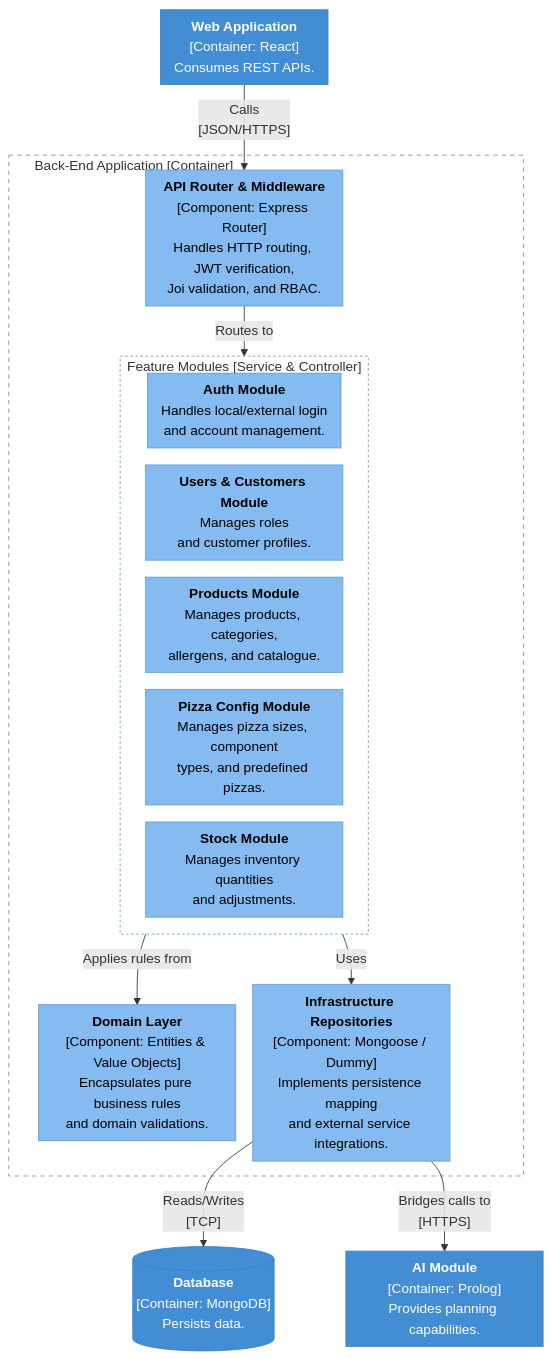
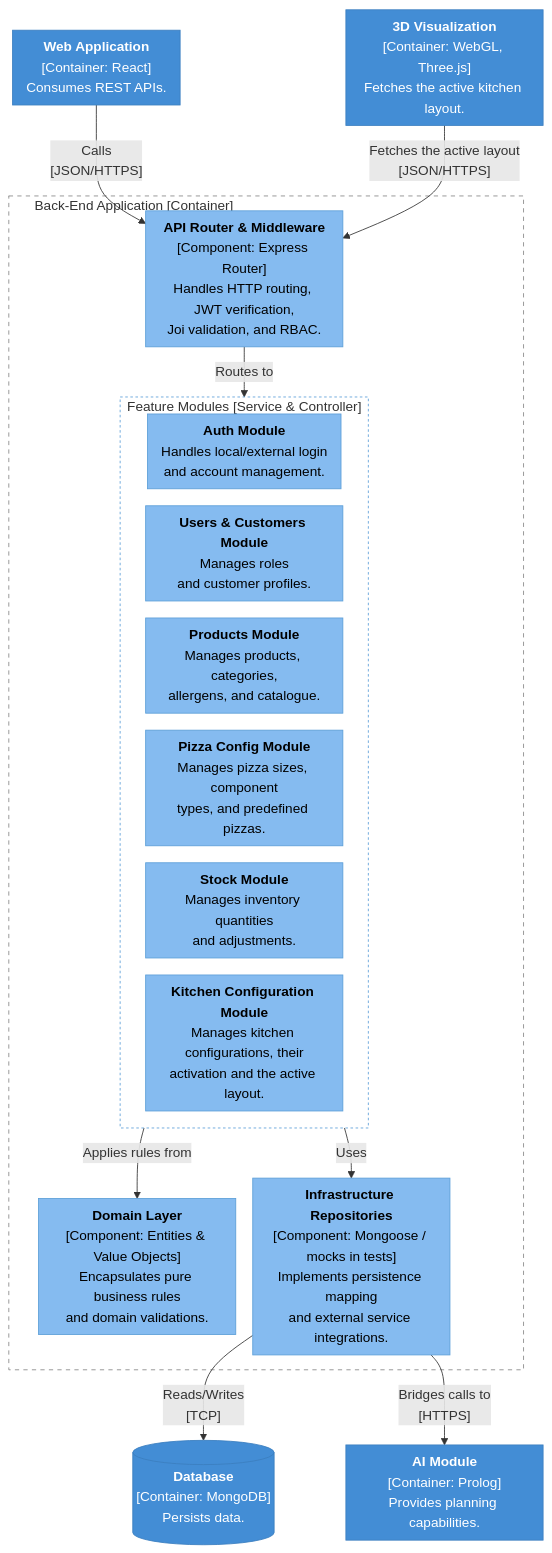
One commit to ivasduarte/laprizza changed the sixth of 8 diagrams in docs/design/views.md. Above: the diagram before and after it, drawn with Mermaid. The commit also changed other lines of this file and 16 other files, not shown here.

First line of the commit message:
docs(WEB06): add use cases, C4 and SAD documentation for kitchen configuration (#261)

````diff
--- a/docs/design/views.md
+++ b/docs/design/views.md
@@ -306,39 +319,42 @@
 ```mermaid
 %%{init: {'flowchart': {'nodeSpacing': 20, 'rankSpacing': 35, 'padding': 8}}}%%
 flowchart TB
     webApp["<b>Web Application</b><br/>[Container: React]<br/>Consumes REST APIs."]
+    viz3d["<b>3D Visualization</b><br/>[Container: WebGL, Three.js]<br/>Fetches the active kitchen layout."]
 
     subgraph backend["Back-End Application [Container]&nbsp;&nbsp;&nbsp;&nbsp;&nbsp;&nbsp;&nbsp;&nbsp;&nbsp;&nbsp;&nbsp;&nbsp;&nbsp;&nbsp;&nbsp;&nbsp;&nbsp;&nbsp;&nbsp;&nbsp;&nbsp;&nbsp;&nbsp;&nbsp;&nbsp;&nbsp;&nbsp;&nbsp;&nbsp;&nbsp;&nbsp;&nbsp;&nbsp;&nbsp;&nbsp;&nbsp;&nbsp;&nbsp;&nbsp;&nbsp;&nbsp;&nbsp;&nbsp;&nbsp;&nbsp;&nbsp;&nbsp;&nbsp;&nbsp;&nbsp;&nbsp;&nbsp;&nbsp;&nbsp;&nbsp;&nbsp;&nbsp;&nbsp;&nbsp;&nbsp;&nbsp;&nbsp;&nbsp;&nbsp;&nbsp;&nbsp;&nbsp;&nbsp;&nbsp;&nbsp;"]
         api["<b>API Router & Middleware</b><br/>[Component: Express Router]<br/>Handles HTTP routing, JWT verification,<br/>Joi validation, and RBAC."]
 
         subgraph features["Feature Modules [Service & Controller]"]
             auth["<b>Auth Module</b><br/>Handles local/external login<br/>and account management."]
             users["<b>Users & Customers Module</b><br/>Manages roles<br/>and customer profiles."]
             products["<b>Products Module</b><br/>Manages products, categories,<br/>allergens, and catalogue."]
             pizza["<b>Pizza Config Module</b><br/>Manages pizza sizes, component<br/>types, and predefined pizzas."]
             stock["<b>Stock Module</b><br/>Manages inventory quantities<br/>and adjustments."]
+            kitchen["<b>Kitchen Configuration Module</b><br/>Manages kitchen configurations, their<br/>activation and the active layout."]
         end
 
         domain["<b>Domain Layer</b><br/>[Component: Entities & Value Objects]<br/>Encapsulates pure business rules<br/>and domain validations."]
-        infra["<b>Infrastructure Repositories</b><br/>[Component: Mongoose / Dummy]<br/>Implements persistence mapping<br/>and external service integrations."]
+        infra["<b>Infrastructure Repositories</b><br/>[Component: Mongoose / mocks in tests]<br/>Implements persistence mapping<br/>and external service integrations."]
     end
 
     db[("<b>Database</b><br/>[Container: MongoDB]<br/>Persists data.")]
     ai["<b>AI Module</b><br/>[Container: Prolog]<br/>Provides planning capabilities."]
 
     webApp -->|"Calls<br/>[JSON/HTTPS]"| api
+    viz3d -->|"Fetches the active layout<br/>[JSON/HTTPS]"| api
     api -->|"Routes to"| features
     features -->|"Applies rules from"| domain
     features -->|"Uses"| infra
     infra -->|"Reads/Writes<br/>[TCP]"| db
     infra -->|"Bridges calls to<br/>[HTTPS]"| ai
 
     classDef person fill:#08427b,stroke:#073b6f,color:#fff
     classDef container fill:#438dd5,stroke:#3c7fc0,color:#fff
     classDef component fill:#85bbf0,stroke:#5d9fd8,color:#000
 
-    class webApp,db,ai container
-    class api,auth,users,products,pizza,stock,domain,infra component
+    class webApp,viz3d,db,ai container
+    class api,auth,users,products,pizza,stock,kitchen,domain,infra component
     style backend fill:none,stroke:#888,stroke-dasharray:5 5
     style features fill:none,stroke:#5d9fd8,stroke-dasharray:3 3
 ```
````
